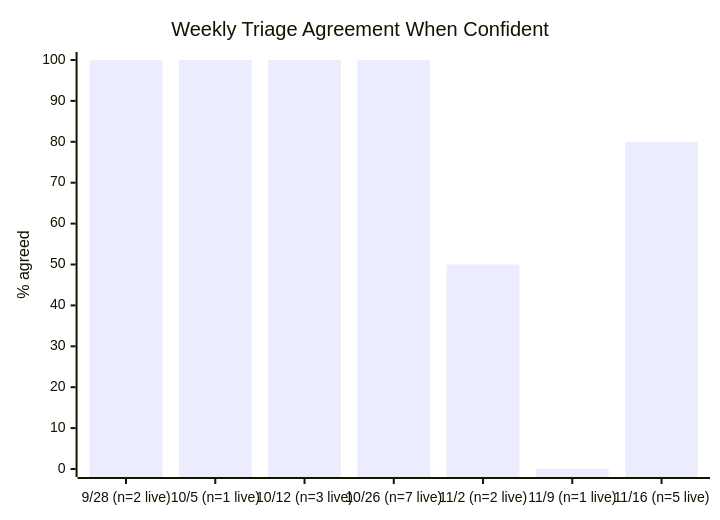
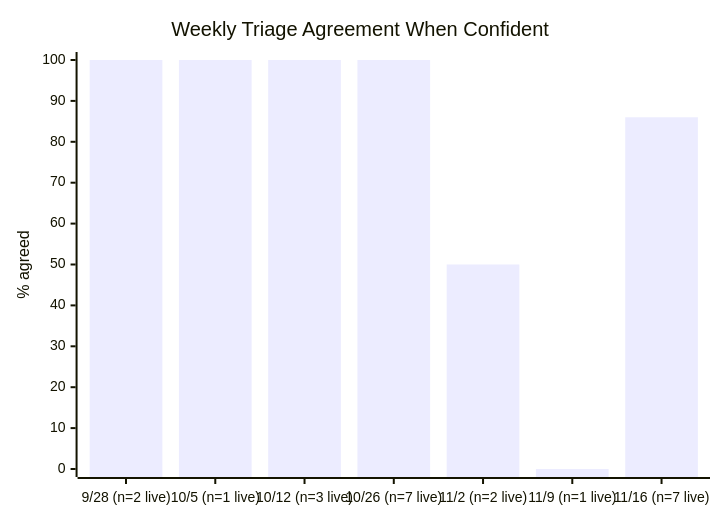
Before and after one commit to Sanctum-Origo-Systems/patina: the third of 4 diagrams in JEV.md, drawn with Mermaid. The commit also changed other lines of this file, not shown here.

````diff
--- a/JEV.md
+++ b/JEV.md
@@ -25,7 +25,7 @@
 ```mermaid
 xychart-beta
     title "Weekly Triage Agreement When Confident"
-    x-axis ["9/28 (n=2 live)", "10/5 (n=1 live)", "10/12 (n=3 live)", "10/26 (n=7 live)", "11/2 (n=2 live)", "11/9 (n=1 live)", "11/16 (n=5 live)"]
+    x-axis ["9/28 (n=2 live)", "10/5 (n=1 live)", "10/12 (n=3 live)", "10/26 (n=7 live)", "11/2 (n=2 live)", "11/9 (n=1 live)", "11/16 (n=7 live)"]
     y-axis "% agreed" 0 --> 100
-    bar [100, 100, 100, 100, 50, 0, 80]
+    bar [100, 100, 100, 100, 50, 0, 86]
 ```
````
